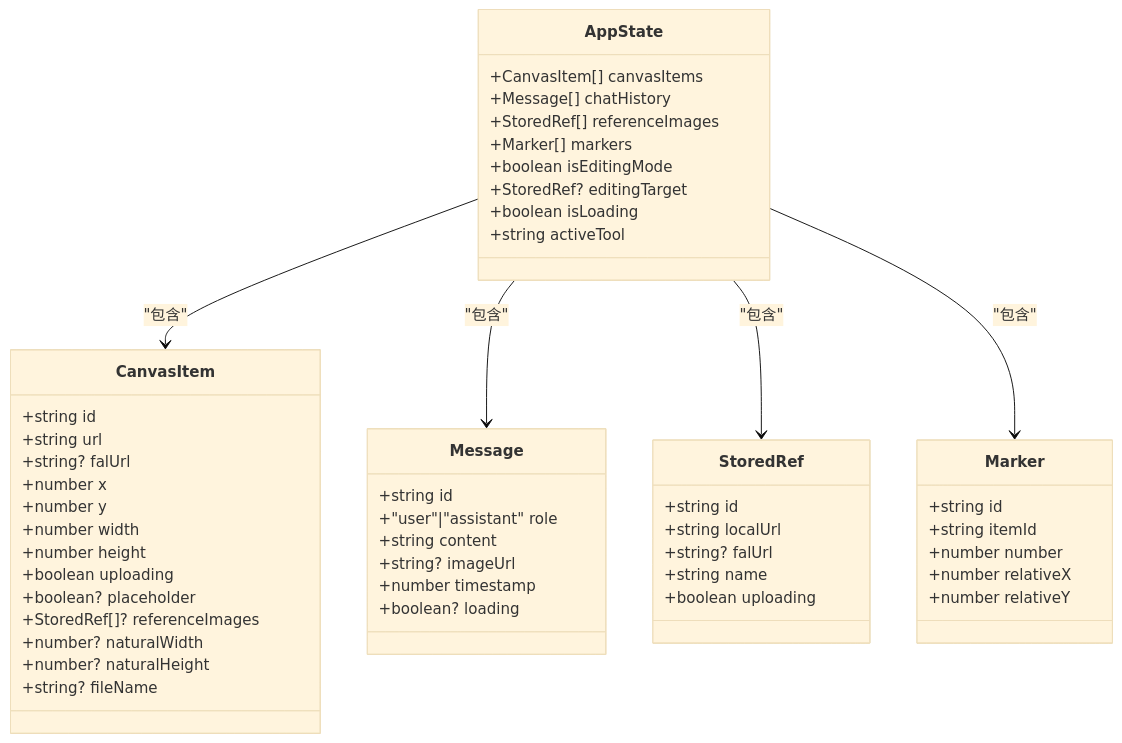
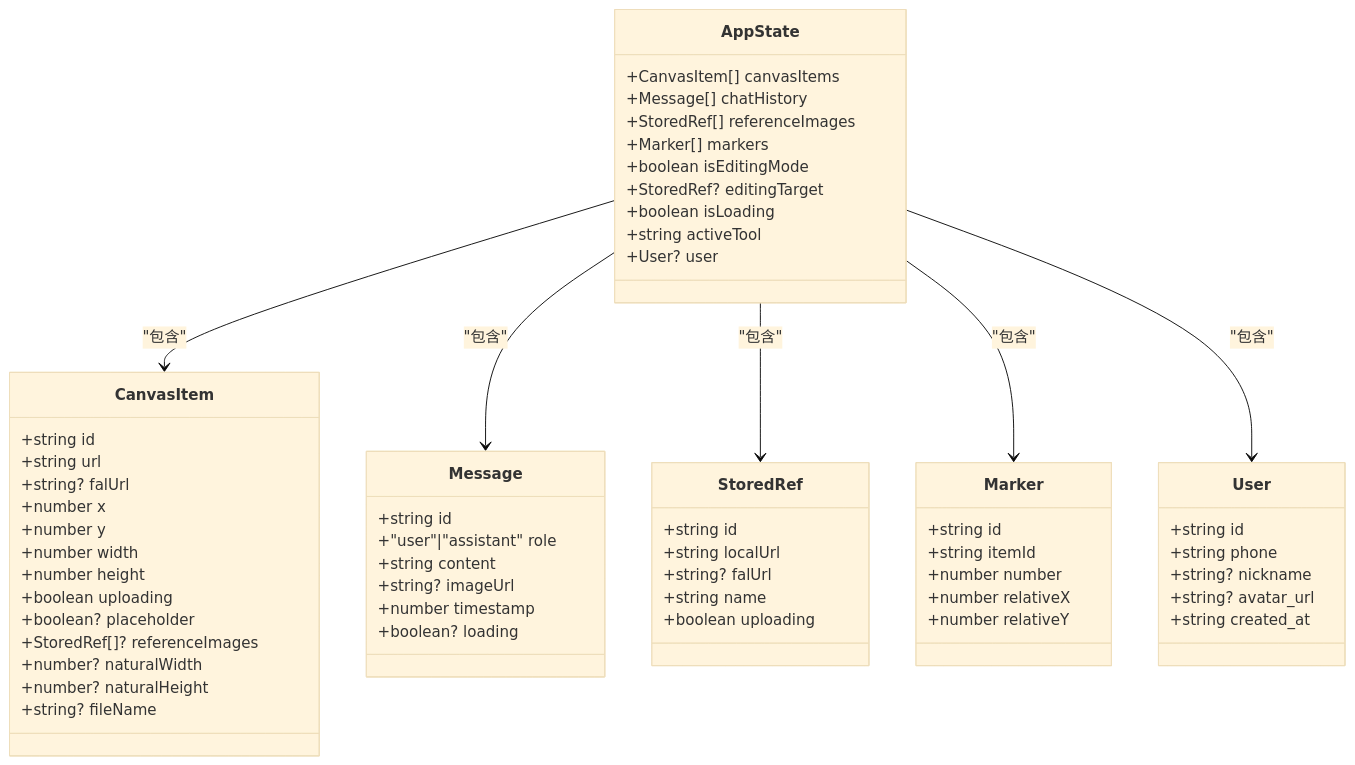
One commit to billye220670/BananaFlow2 changed the seventh of 10 diagrams in .qoder/repowiki/zh/content/数据模型.md. Above: the diagram before and after it, drawn with Mermaid (base theme). The commit also changed other lines of this file and 19 other files, not shown here.

````diff
--- a/.qoder/repowiki/zh/content/数据模型.md
+++ b/.qoder/repowiki/zh/content/数据模型.md
@@ -573,54 +604,63 @@
 ```mermaid
 classDiagram
 class CanvasItem {
 +string id
 +string url
 +string? falUrl
 +number x
 +number y
 +number width
 +number height
 +boolean uploading
 +boolean? placeholder
 +StoredRef[]? referenceImages
 +number? naturalWidth
 +number? naturalHeight
 +string? fileName
 }
 class Message {
 +string id
 +"user"|"assistant" role
 +string content
 +string? imageUrl
 +number timestamp
 +boolean? loading
 }
 class StoredRef {
 +string id
 +string localUrl
 +string? falUrl
 +string name
 +boolean uploading
 }
 class Marker {
 +string id
 +string itemId
 +number number
 +number relativeX
 +number relativeY
 }
+class User {
++string id
++string phone
++string? nickname
++string? avatar_url
++string created_at
+}
 class AppState {
 +CanvasItem[] canvasItems
 +Message[] chatHistory
 +StoredRef[] referenceImages
 +Marker[] markers
 +boolean isEditingMode
 +StoredRef? editingTarget
 +boolean isLoading
 +string activeTool
++User? user
 }
 AppState --> CanvasItem : "包含"
 AppState --> Message : "包含"
 AppState --> StoredRef : "包含"
 AppState --> Marker : "包含"
+AppState --> User : "包含"
 ```
````
